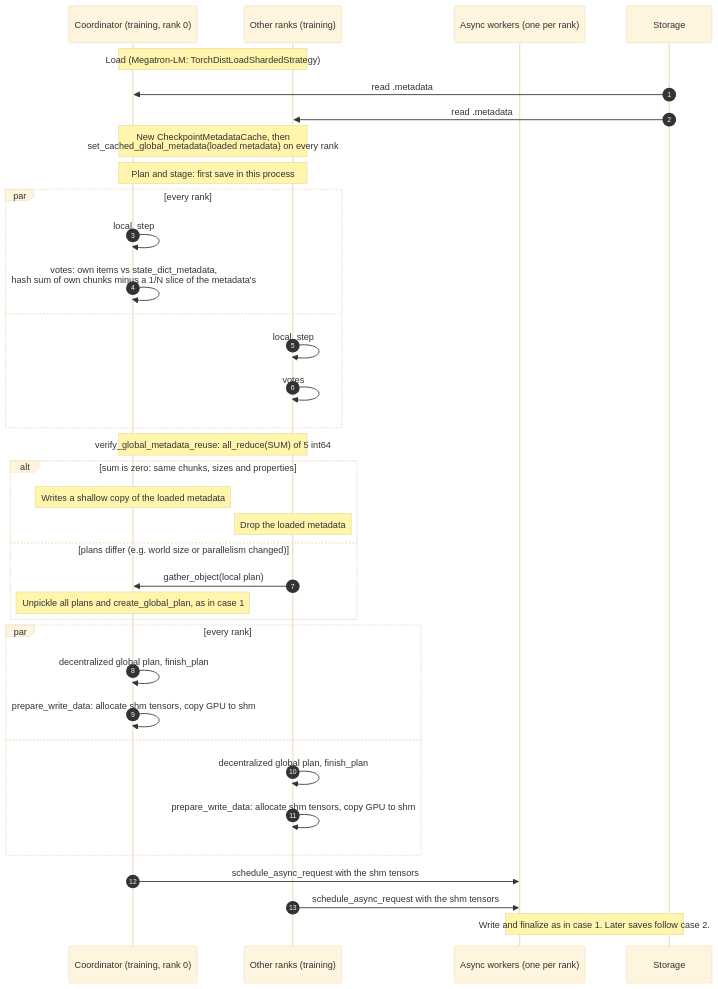
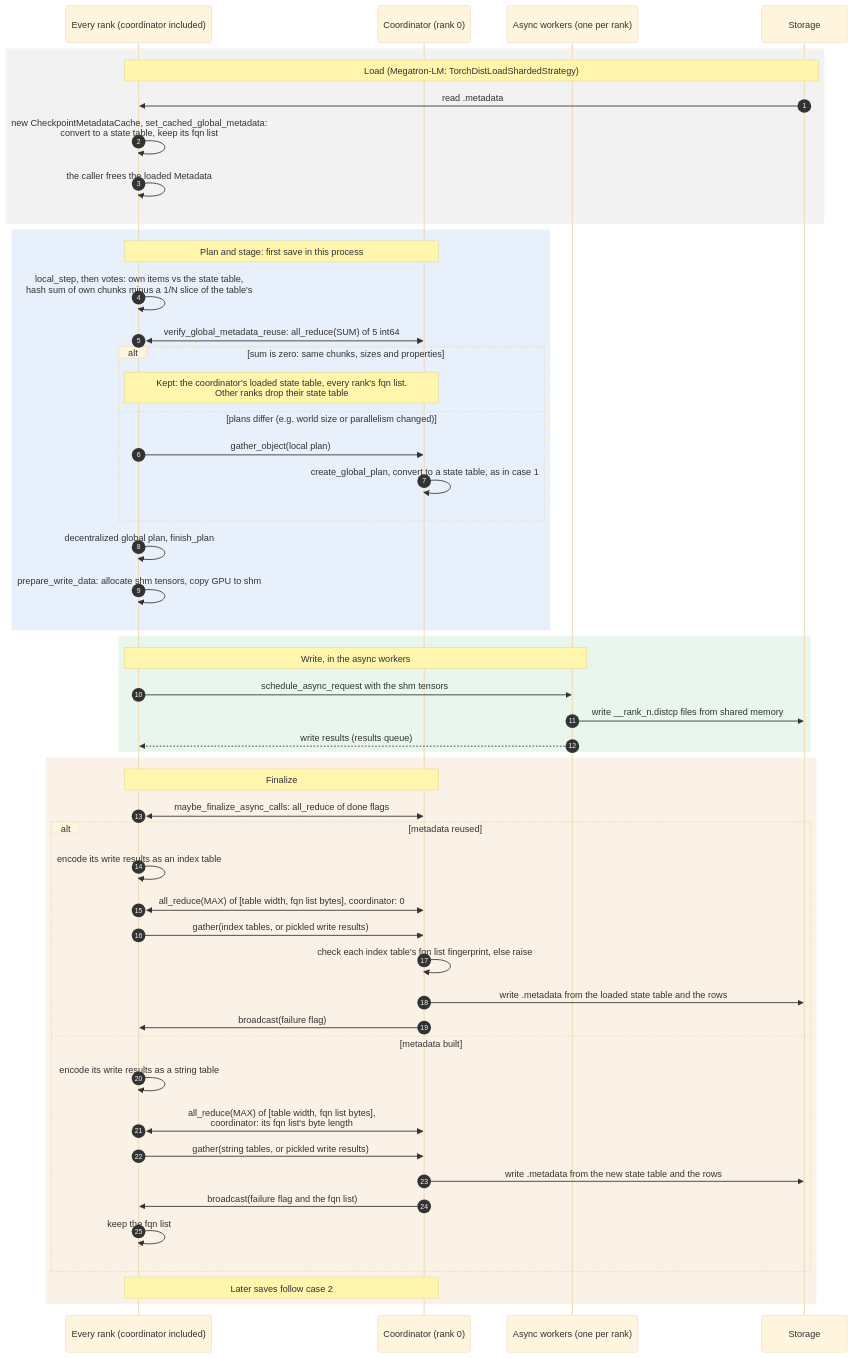
One commit to NVIDIA/nvidia-resiliency-ext changed the fifth of 5 diagrams in docs/design/checkpoint/ASYNC_SAVE.md. Above: the diagram before and after it, drawn with Mermaid (base theme). The commit also changed other lines of this file, not shown here.

First line of the commit message:
Describe global metadata as tables in the async save design doc

````diff
--- a/docs/design/checkpoint/ASYNC_SAVE.md
+++ b/docs/design/checkpoint/ASYNC_SAVE.md
@@ -151,41 +330,57 @@
 ```mermaid
 sequenceDiagram
     autonumber
-    participant C as Coordinator (training, rank 0)
-    participant R as Other ranks (training)
+    participant R as Every rank (coordinator included)
+    participant C as Coordinator (rank 0)
     participant W as Async workers (one per rank)
     participant S as Storage
 
-    Note over C,R: Load (Megatron-LM: TorchDistLoadShardedStrategy)
-    S->>C: read .metadata
+    rect rgba(150, 150, 150, 0.12)
+    Note over R,S: Load (Megatron-LM: TorchDistLoadShardedStrategy)
     S->>R: read .metadata
-    Note over C,R: New CheckpointMetadataCache, then<br/>set_cached_global_metadata(loaded metadata) on every rank
+    R->>R: new CheckpointMetadataCache, set_cached_global_metadata:<br/>convert to a state table, keep its fqn list
+    R->>R: the caller frees the loaded Metadata
+    end
 
-    Note over C,R: Plan and stage: first save in this process
-    par every rank
-        C->>C: local_step
-        C->>C: votes: own items vs state_dict_metadata,<br/>hash sum of own chunks minus a 1/N slice of the metadata's
-    and
-        R->>R: local_step
-        R->>R: votes
-    end
-    Note over C,R: verify_global_metadata_reuse: all_reduce(SUM) of 5 int64
+    rect rgba(70, 130, 220, 0.12)
+    Note over R,C: Plan and stage: first save in this process
+    R->>R: local_step, then votes: own items vs the state table,<br/>hash sum of own chunks minus a 1/N slice of the table's
+    R<<->>C: verify_global_metadata_reuse: all_reduce(SUM) of 5 int64
     alt sum is zero: same chunks, sizes and properties
-        Note over C: Writes a shallow copy of the loaded metadata
-        Note over R: Drop the loaded metadata
+        Note over R,C: Kept: the coordinator's loaded state table, every rank's fqn list.<br/>Other ranks drop their state table
     else plans differ (e.g. world size or parallelism changed)
         R->>C: gather_object(local plan)
-        Note over C: Unpickle all plans and create_global_plan, as in case 1
+        C->>C: create_global_plan, convert to a state table, as in case 1
     end
-    par every rank
-        C->>C: decentralized global plan, finish_plan
-        C->>C: prepare_write_data: allocate shm tensors, copy GPU to shm
-    and
-        R->>R: decentralized global plan, finish_plan
-        R->>R: prepare_write_data: allocate shm tensors, copy GPU to shm
+    R->>R: decentralized global plan, finish_plan
+    R->>R: prepare_write_data: allocate shm tensors, copy GPU to shm
     end
 
-    C->>W: schedule_async_request with the shm tensors
+    rect rgba(70, 180, 110, 0.12)
+    Note over R,W: Write, in the async workers
     R->>W: schedule_async_request with the shm tensors
-    Note over W,S: Write and finalize as in case 1. Later saves follow case 2.
+    W->>S: write __rank_n.distcp files from shared memory
+    W-->>R: write results (results queue)
+    end
+
+    rect rgba(220, 150, 60, 0.12)
+    Note over R,C: Finalize
+    R<<->>C: maybe_finalize_async_calls: all_reduce of done flags
+    alt metadata reused
+        R->>R: encode its write results as an index table
+        R<<->>C: all_reduce(MAX) of [table width, fqn list bytes], coordinator: 0
+        R->>C: gather(index tables, or pickled write results)
+        C->>C: check each index table's fqn list fingerprint, else raise
+        C->>S: write .metadata from the loaded state table and the rows
+        C->>R: broadcast(failure flag)
+    else metadata built
+        R->>R: encode its write results as a string table
+        R<<->>C: all_reduce(MAX) of [table width, fqn list bytes],<br/>coordinator: its fqn list's byte length
+        R->>C: gather(string tables, or pickled write results)
+        C->>S: write .metadata from the new state table and the rows
+        C->>R: broadcast(failure flag and the fqn list)
+        R->>R: keep the fqn list
+    end
+    Note over R,C: Later saves follow case 2
+    end
 ```
````
